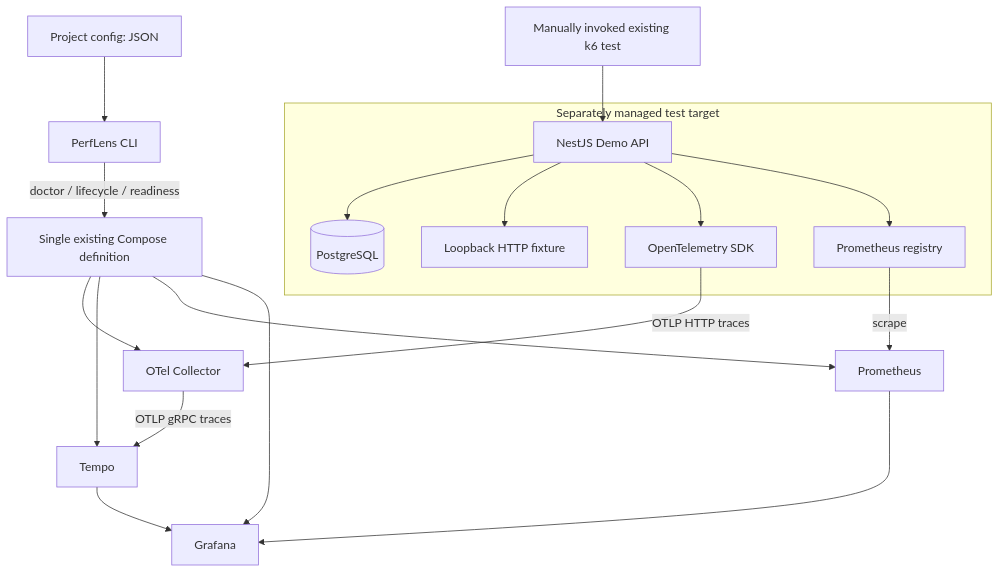
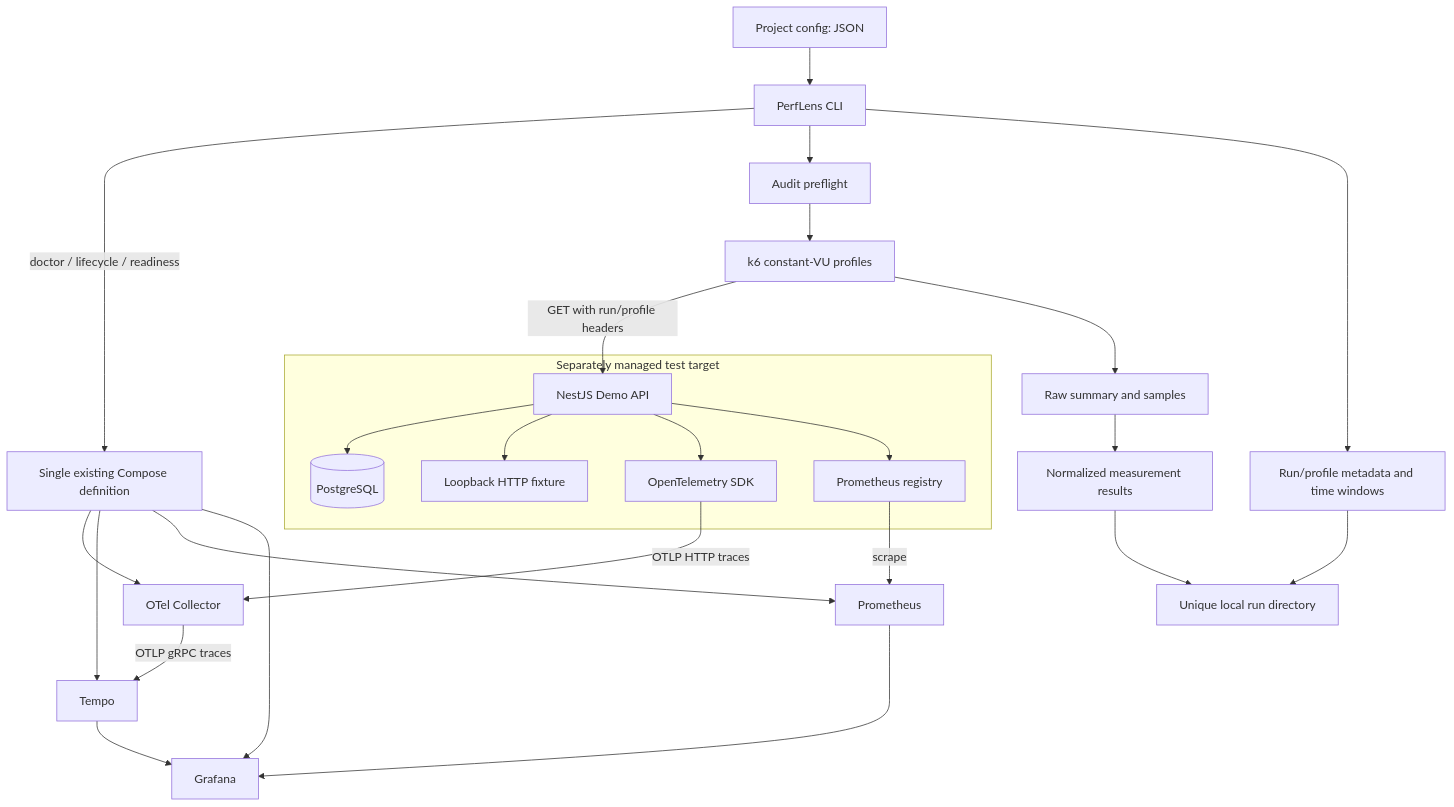
Before and after one commit to rahad123/perflens: the first of 2 diagrams in docs/architecture/architecture.md, drawn with Mermaid. The commit also changed other lines of this file and 4 other files, not shown here.

````diff
--- a/docs/architecture/architecture.md
+++ b/docs/architecture/architecture.md
@@ -7,21 +7,28 @@
 ```mermaid
 flowchart TB
     Config[Project config: JSON] --> CLI[PerfLens CLI]
     CLI -->|doctor / lifecycle / readiness| Compose[Single existing Compose definition]
     Compose --> Collector[OTel Collector]
     Compose --> Tempo[Tempo]
     Compose --> Prometheus[Prometheus]
     Compose --> Grafana[Grafana]
     subgraph Target[Separately managed test target]
         API[NestJS Demo API] --> DB[(PostgreSQL)]
         API --> External[Loopback HTTP fixture]
         API --> SDK[OpenTelemetry SDK]
         API --> Metrics[Prometheus registry]
     end
     SDK -->|OTLP HTTP traces| Collector
     Collector -->|OTLP gRPC traces| Tempo
     Metrics -->|scrape| Prometheus
     Tempo --> Grafana
     Prometheus --> Grafana
-    k6[Manually invoked existing k6 test] --> API
+    CLI --> Preflight[Audit preflight]
+    Preflight --> k6[k6 constant-VU profiles]
+    k6 -->|GET with run/profile headers| API
+    k6 --> Raw[Raw summary and samples]
+    Raw --> Results[Normalized measurement results]
+    CLI --> Windows[Run/profile metadata and time windows]
+    Results --> Runs[Unique local run directory]
+    Windows --> Runs
 ```
````
